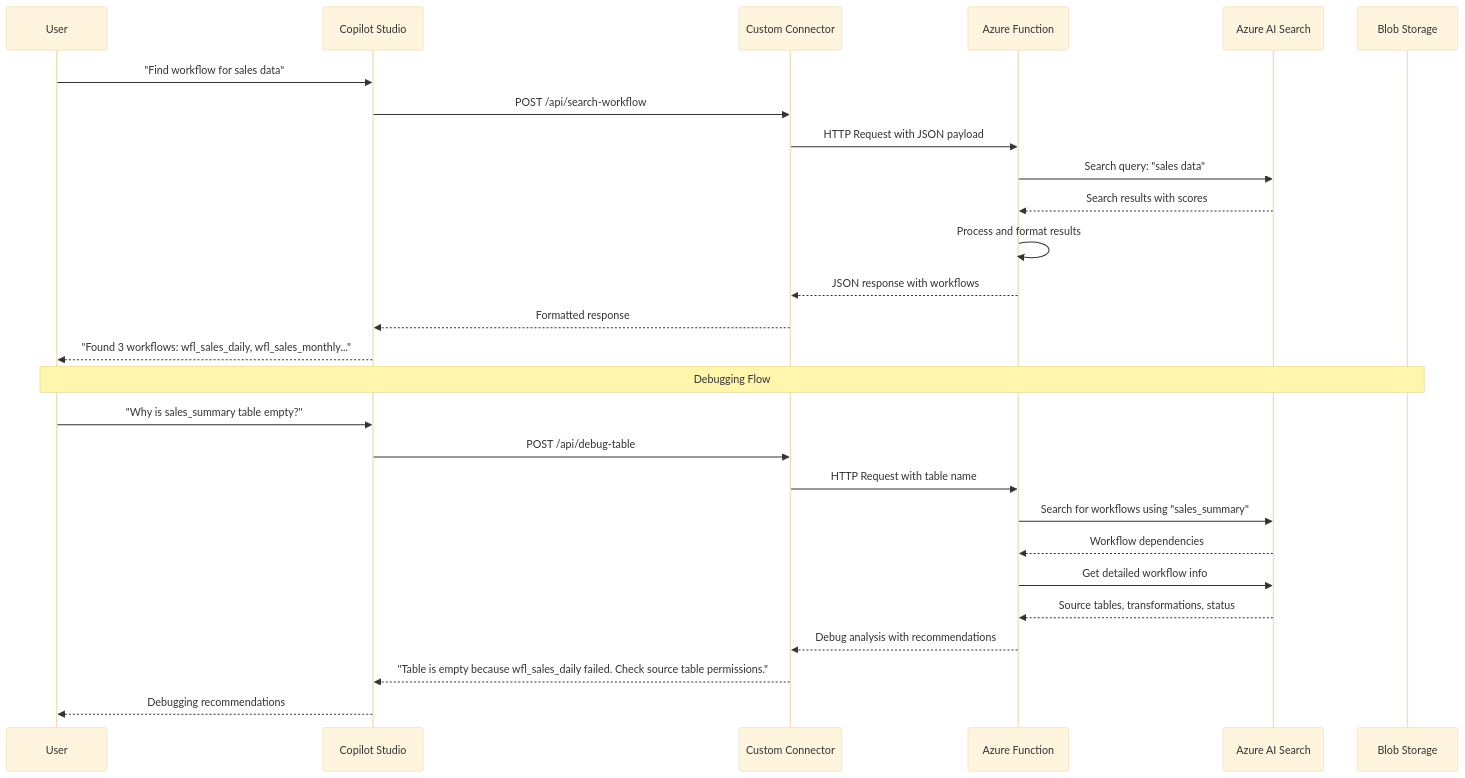
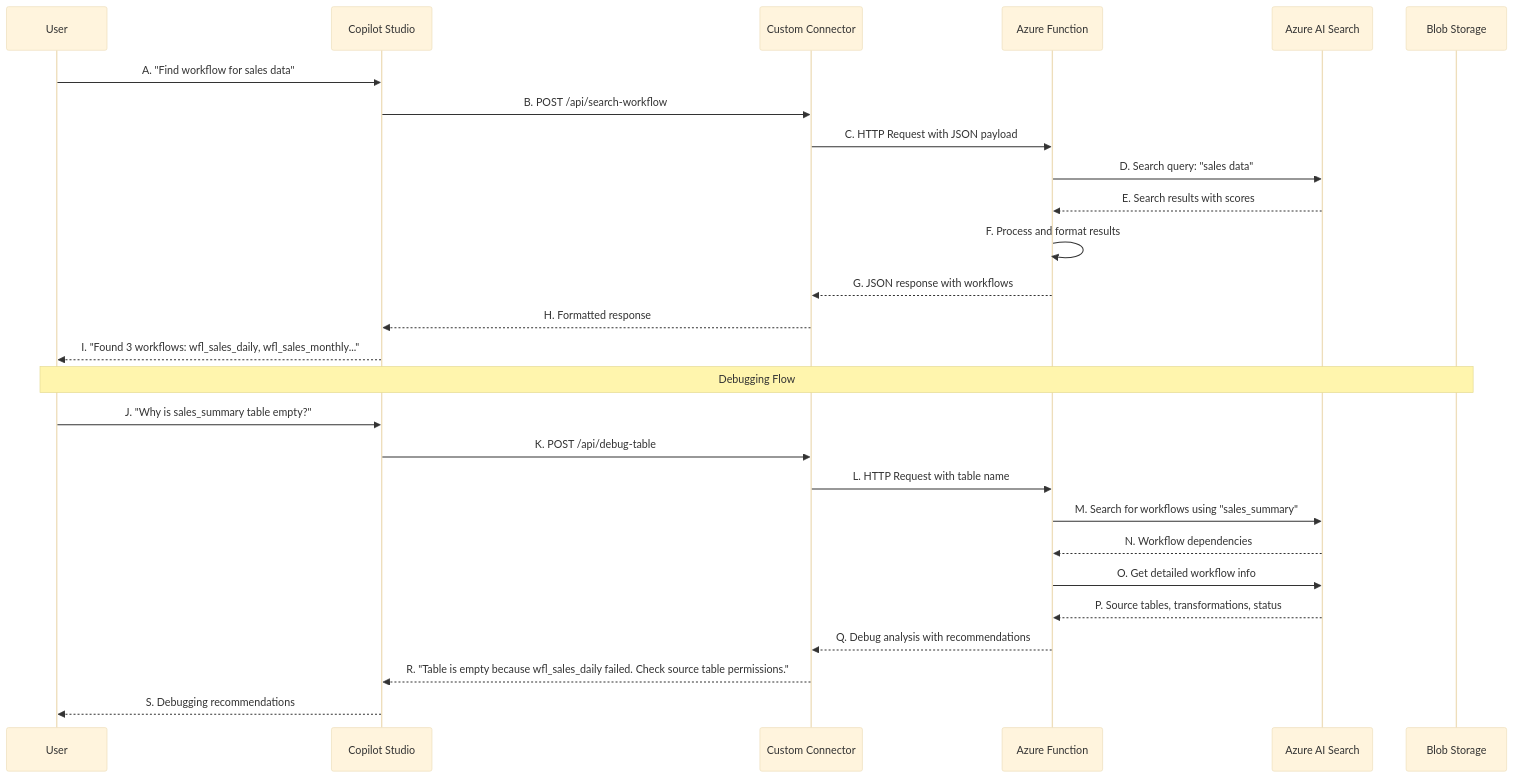
Before and after one commit to ramcgobburu/askIT-informatica: the third of 5 diagrams in INFORMATICA_AGENT_TECH_BLOG.md, drawn with Mermaid (base theme). The commit also changed other lines of this file and 1 other file, not shown here.

Commit message:
Add detailed architecture documentation with sequence steps
- Created architecture.md with comprehensive step-by-step explanations
- Added sequence steps (A-I) to high-level architecture diagram
- Added sequence steps (A-S) to detailed system flow diagram
- Enhanced tech blog with architecture step explanations
- Documented complete workflow from user query to response
- Included both search and debugging process flows

````diff
--- a/INFORMATICA_AGENT_TECH_BLOG.md
+++ b/INFORMATICA_AGENT_TECH_BLOG.md
@@ -139,31 +150,31 @@
 ```mermaid
 sequenceDiagram
     participant U as User
     participant CS as Copilot Studio
     participant CC as Custom Connector
     participant AF as Azure Function
     participant AS as Azure AI Search
     participant BS as Blob Storage
     
-    U->>CS: "Find workflow for sales data"
-    CS->>CC: POST /api/search-workflow
-    CC->>AF: HTTP Request with JSON payload
-    AF->>AS: Search query: "sales data"
-    AS-->>AF: Search results with scores
-    AF->>AF: Process and format results
-    AF-->>CC: JSON response with workflows
-    CC-->>CS: Formatted response
-    CS-->>U: "Found 3 workflows: wfl_sales_daily, wfl_sales_monthly..."
+    U->>CS: A. "Find workflow for sales data"
+    CS->>CC: B. POST /api/search-workflow
+    CC->>AF: C. HTTP Request with JSON payload
+    AF->>AS: D. Search query: "sales data"
+    AS-->>AF: E. Search results with scores
+    AF->>AF: F. Process and format results
+    AF-->>CC: G. JSON response with workflows
+    CC-->>CS: H. Formatted response
+    CS-->>U: I. "Found 3 workflows: wfl_sales_daily, wfl_sales_monthly..."
     
     Note over U,BS: Debugging Flow
-    U->>CS: "Why is sales_summary table empty?"
-    CS->>CC: POST /api/debug-table
-    CC->>AF: HTTP Request with table name
-    AF->>AS: Search for workflows using "sales_summary"
-    AS-->>AF: Workflow dependencies
-    AF->>AS: Get detailed workflow info
-    AS-->>AF: Source tables, transformations, status
-    AF-->>CC: Debug analysis with recommendations
-    CC-->>CS: "Table is empty because wfl_sales_daily failed. Check source table permissions."
-    CS-->>U: Debugging recommendations
+    U->>CS: J. "Why is sales_summary table empty?"
+    CS->>CC: K. POST /api/debug-table
+    CC->>AF: L. HTTP Request with table name
+    AF->>AS: M. Search for workflows using "sales_summary"
+    AS-->>AF: N. Workflow dependencies
+    AF->>AS: O. Get detailed workflow info
+    AS-->>AF: P. Source tables, transformations, status
+    AF-->>CC: Q. Debug analysis with recommendations
+    CC-->>CS: R. "Table is empty because wfl_sales_daily failed. Check source table permissions."
+    CS-->>U: S. Debugging recommendations
 ```
````
